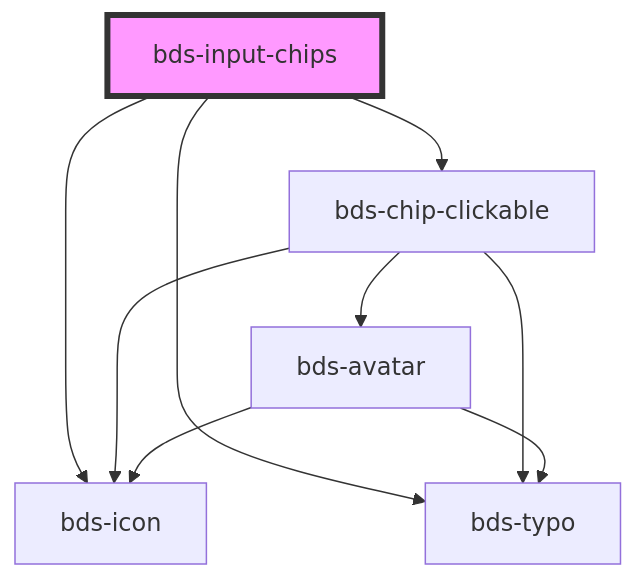
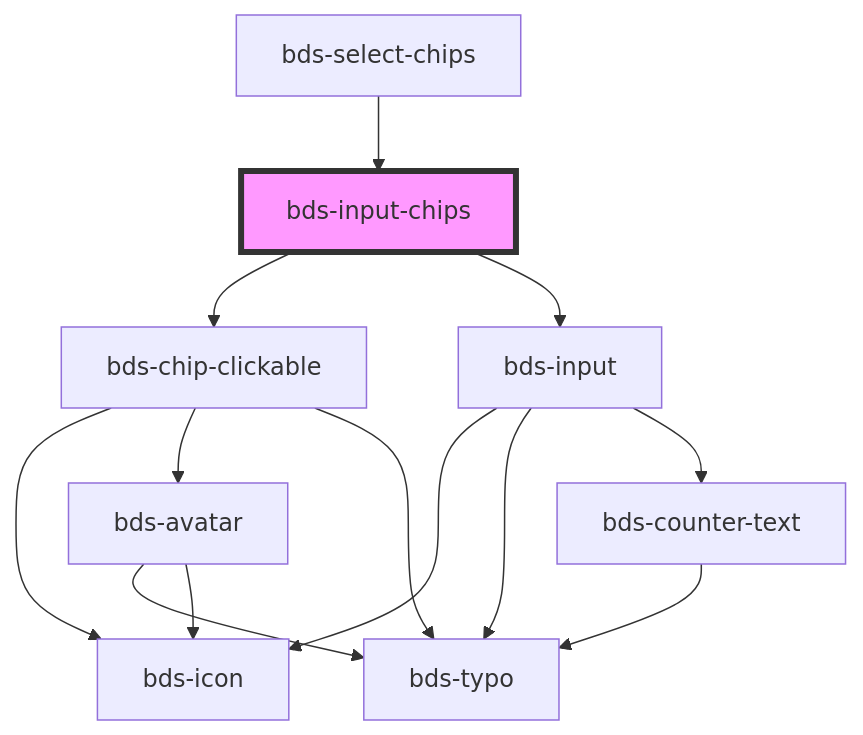
Before and after one commit to takenet/blip-ds: the diagram in src/components/input-chips/readme.md, drawn with Mermaid. The commit also changed other lines of this file and 26 other files, not shown here.

````diff
--- a/src/components/input-chips/readme.md
+++ b/src/components/input-chips/readme.md
@@ -122,12 +115,16 @@
 ```mermaid
 graph TD;
   bds-input-chips --> bds-chip-clickable
-  bds-input-chips --> bds-icon
-  bds-input-chips --> bds-typo
+  bds-input-chips --> bds-input
   bds-chip-clickable --> bds-icon
   bds-chip-clickable --> bds-avatar
   bds-chip-clickable --> bds-typo
   bds-avatar --> bds-typo
   bds-avatar --> bds-icon
+  bds-input --> bds-icon
+  bds-input --> bds-typo
+  bds-input --> bds-counter-text
+  bds-counter-text --> bds-typo
+  bds-select-chips --> bds-input-chips
   style bds-input-chips fill:#f9f,stroke:#333,stroke-width:4px
 ```
````
